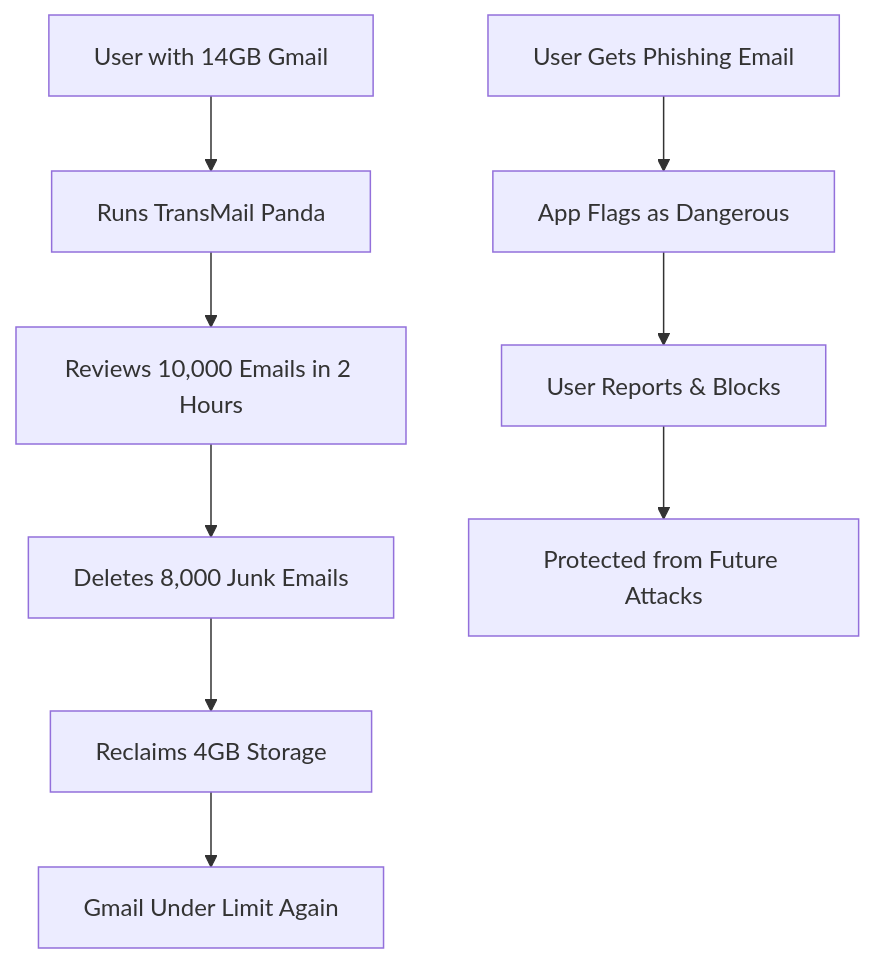
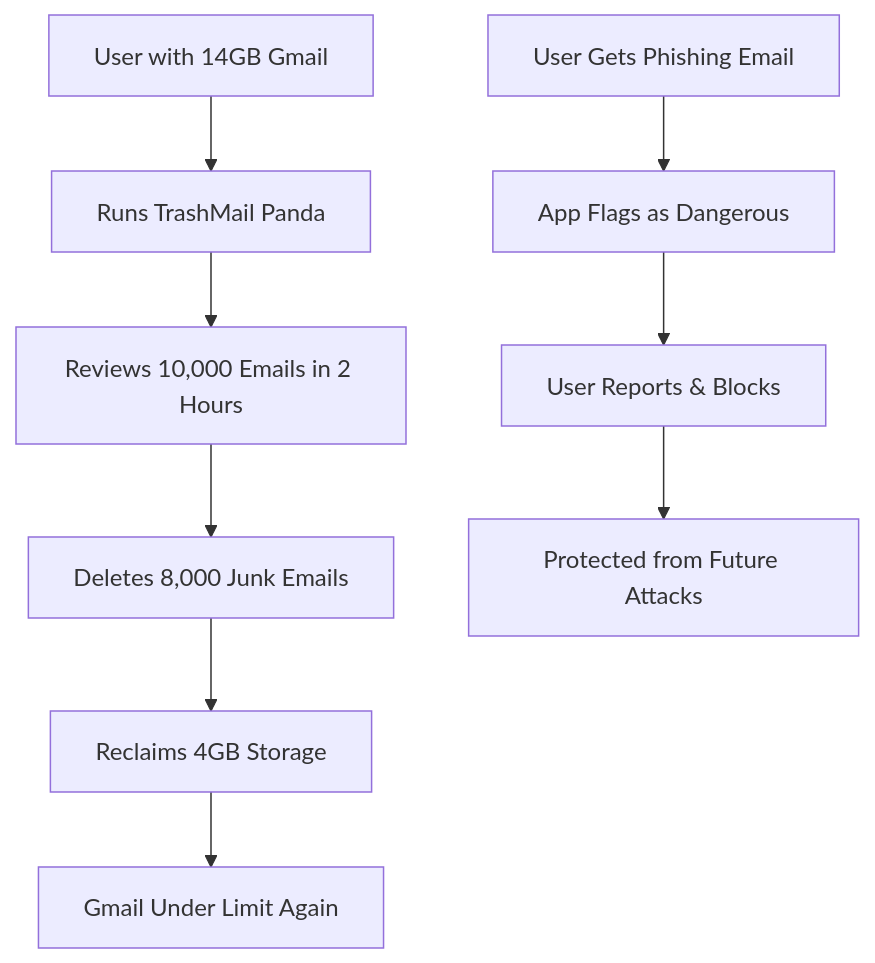
One commit to mauricio-morales/smart-inbox-janitor changed the first of 6 diagrams in PRPs/1-trashmail-panda-prd.md. Above: the diagram before and after it, drawn with Mermaid. The commit also changed other lines of this file and 335 other files, not shown here.

Commit message:
#3 renamed TransMailPanda to TrashMailPanda

````diff
--- a/PRPs/1-trashmail-panda-prd.md
+++ b/PRPs/1-trashmail-panda-prd.md
@@ -60,12 +60,12 @@
 ```mermaid
 graph TD
-    A[User with 14GB Gmail] --> B[Runs TransMail Panda]
+    A[User with 14GB Gmail] --> B[Runs TrashMail Panda]
     B --> C[Reviews 10,000 Emails in 2 Hours]
     C --> D[Deletes 8,000 Junk Emails]
     D --> E[Reclaims 4GB Storage]
     E --> F[Gmail Under Limit Again]
 
     G[User Gets Phishing Email] --> H[App Flags as Dangerous]
     H --> I[User Reports & Blocks]
     I --> J[Protected from Future Attacks]
 ```
````
